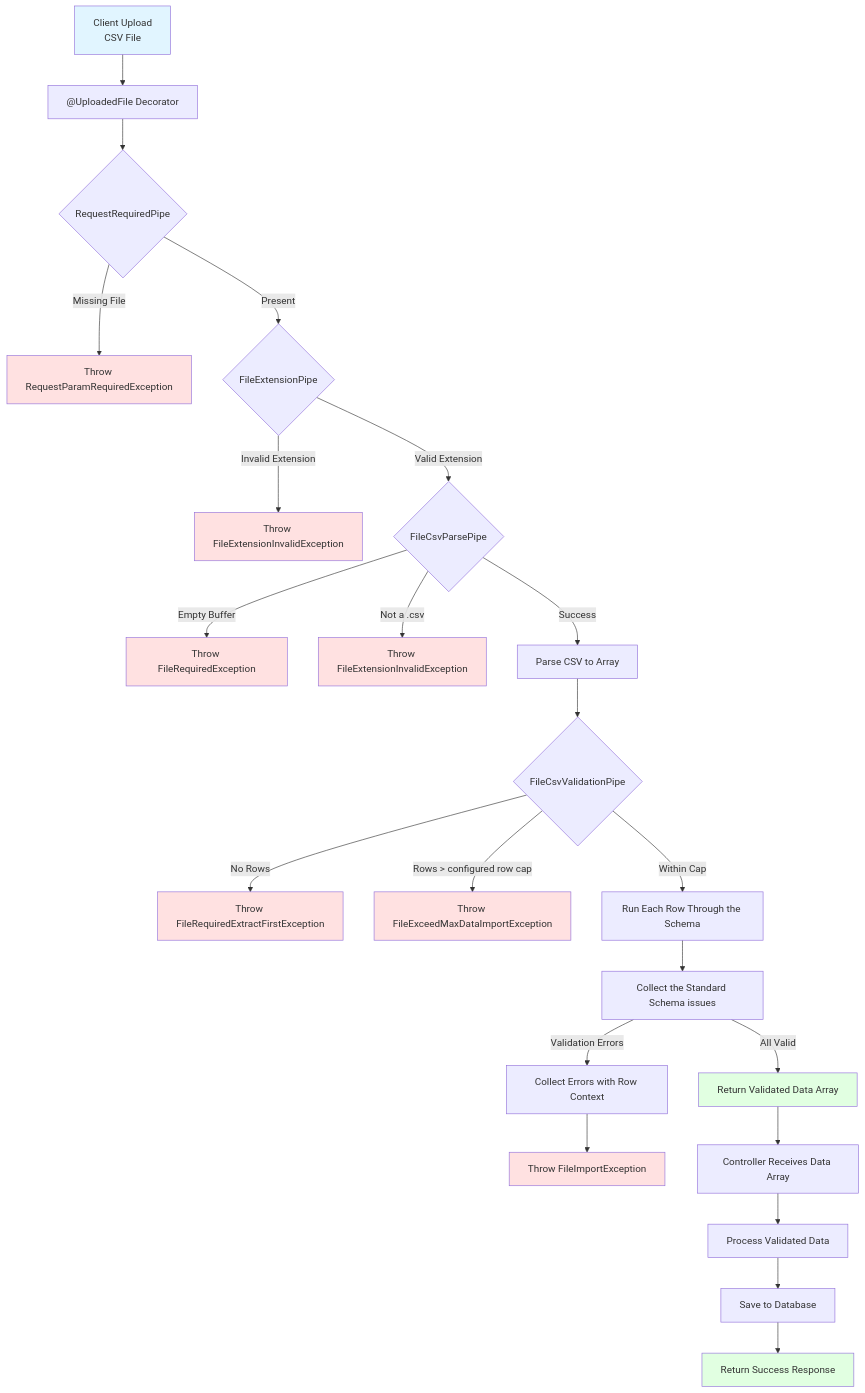
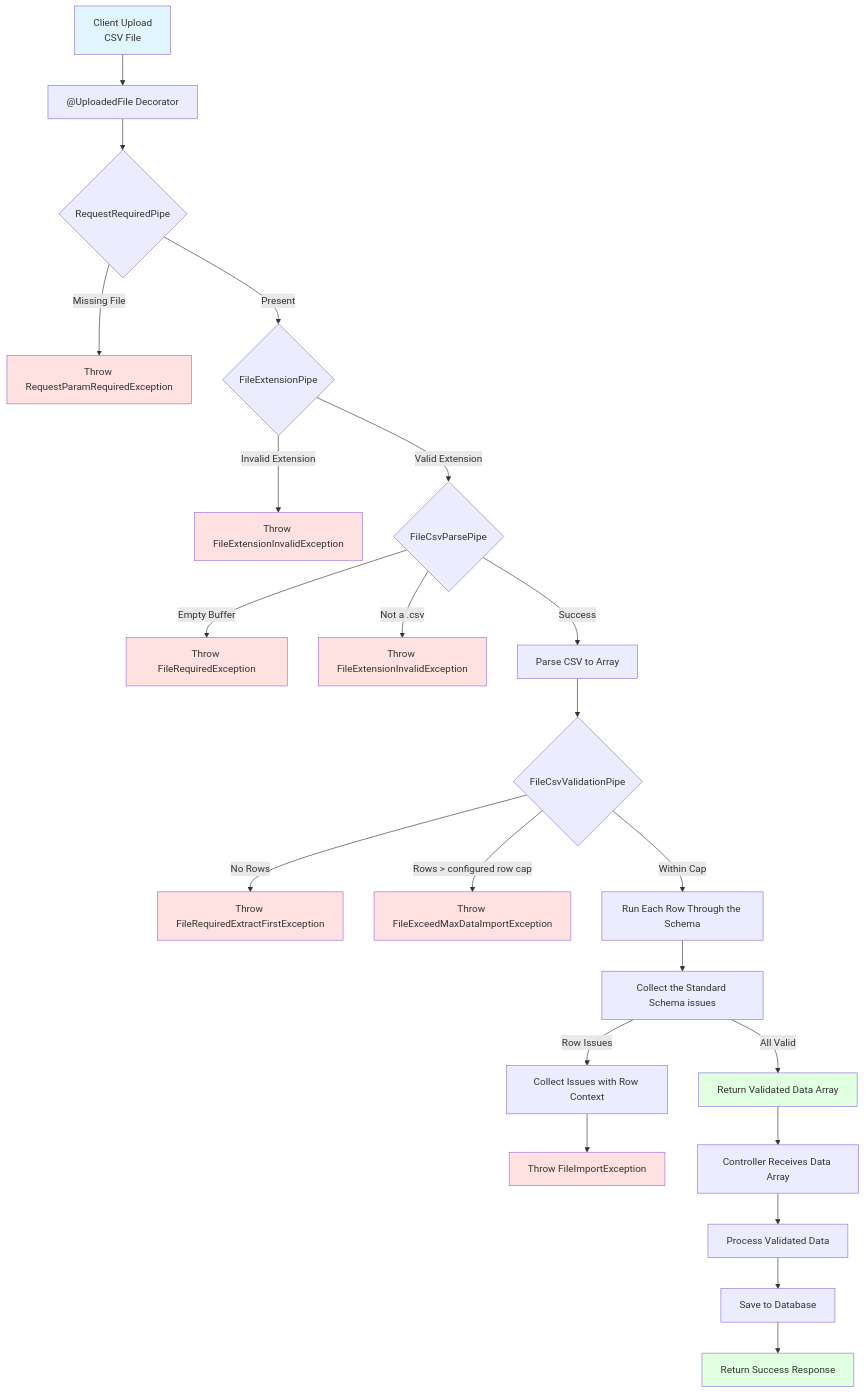
One commit to andrechristikan/ack-nestjs-boilerplate changed the diagram in docs/file-upload.md. Above: the diagram before and after it, drawn with Mermaid. The commit also changed other lines of this file and 38 other files, not shown here.

````diff
--- a/docs/file-upload.md
+++ b/docs/file-upload.md
@@ -191,43 +212,43 @@
 ```mermaid
 flowchart TD
     A[Client Upload<br/>CSV File] --> B[ @UploadedFile Decorator]
     B --> B2{RequestRequiredPipe}
     
     B2 -->|Missing File| B3[Throw RequestParamRequiredException]
     B2 -->|Present| C{FileExtensionPipe}
     
     C -->|Invalid Extension| D[Throw FileExtensionInvalidException]
     C -->|Valid Extension| E{FileCsvParsePipe}
     
     E -->|Empty Buffer| F[Throw FileRequiredException]
     E -->|Not a .csv| G[Throw FileExtensionInvalidException]
     E -->|Success| H[Parse CSV to Array]
     
     H --> I{FileCsvValidationPipe}
     
     I -->|No Rows| I2[Throw FileRequiredExtractFirstException]
     I -->|Rows > configured row cap| I3[Throw FileExceedMaxDataImportException]
     I -->|Within Cap| J[Run Each Row Through the Schema]
     J --> K[Collect the Standard Schema issues]
     
-    K -->|Validation Errors| L[Collect Errors with Row Context]
+    K -->|Row Issues| L[Collect Issues with Row Context]
     L --> M[Throw FileImportException]
     
     K -->|All Valid| N[Return Validated Data Array]
     N --> O[Controller Receives Data Array]
     O --> P[Process Validated Data]
     
     P --> Q[Save to Database]
     Q --> R[Return Success Response]
     
     style A fill:#e1f5ff
     style B3 fill:#ffe1e1
     style D fill:#ffe1e1
     style F fill:#ffe1e1
     style G fill:#ffe1e1
     style I2 fill:#ffe1e1
     style I3 fill:#ffe1e1
     style M fill:#ffe1e1
     style N fill:#e1ffe1
     style R fill:#e1ffe1
 ```
````
